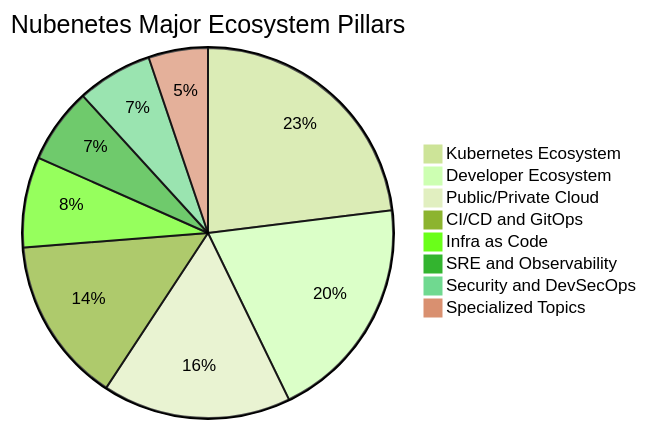
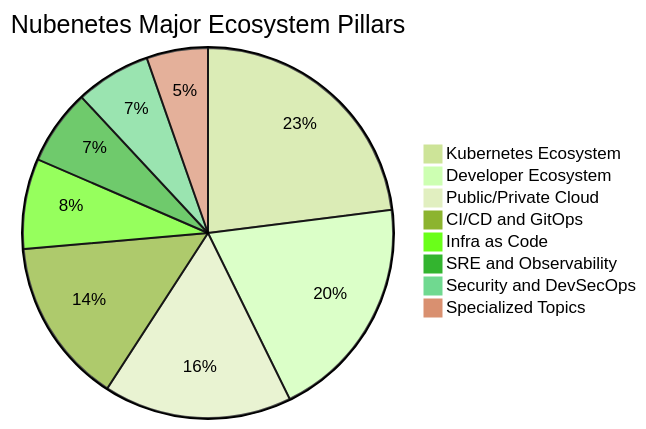
One commit to sec-js/awesome-kubernetes changed the second of 10 diagrams in README.md. Above: the diagram before and after it, drawn with Mermaid (forest theme). The commit also changed other lines of this file, not shown here.

````diff
--- a/README.md
+++ b/README.md
@@ -217,11 +217,11 @@
 ```mermaid
 pie title Nubenetes Major Ecosystem Pillars
     "Kubernetes Ecosystem" : 3500
     "Developer Ecosystem" : 3000
     "Public/Private Cloud" : 2500
     "CI/CD and GitOps" : 2200
     "Infra as Code" : 1200
     "SRE and Observability" : 1000
     "Security and DevSecOps" : 1000
-    "Specialized Topics" : 788
+    "Specialized Topics" : 815
 ```
````
